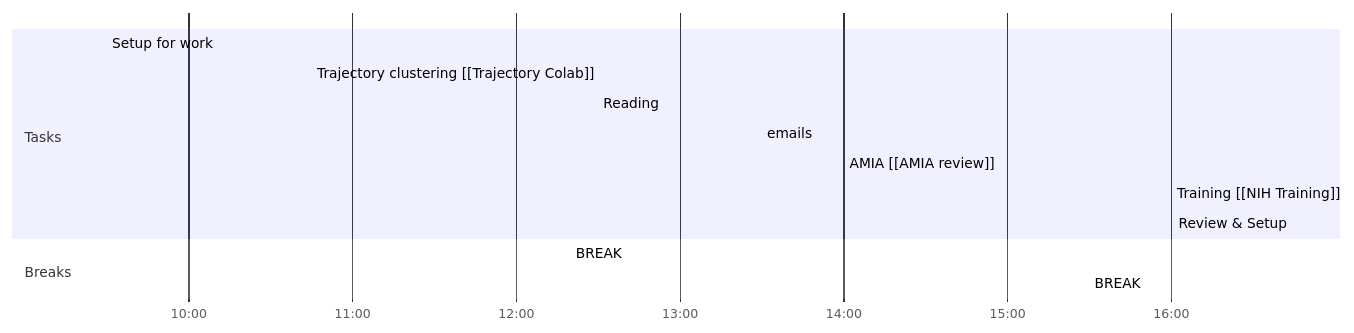
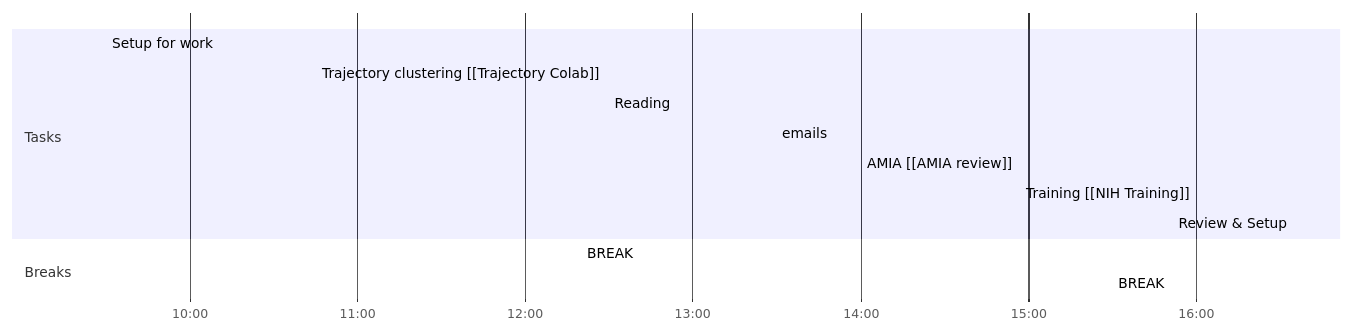
The diagram in Day Planners/Day Planner-20230801.md (tanoManzo/notes), drawn with Mermaid before and after one commit. The commit also changed other lines of this file and 2 other files, not shown here.

Commit message:
vault backup: 2023-08-01 16:43:12

````diff
--- a/Day Planners/Day Planner-20230801.md
+++ b/Day Planners/Day Planner-20230801.md
@@ -25,17 +25,17 @@
 ```mermaid
 gantt
     dateFormat  HH-mm
     axisFormat %H:%M
-    %% Current Time: 4:33:10 PM
+    %% Current Time: 4:43:12 PM
     section Tasks
     Setup for work     :09-30, 75mm
     Trajectory clustering [[Trajectory Colab]]     :10-45, 95mm
     Reading     :12-30, 60mm
     emails     :13-30, 30mm
     AMIA [[AMIA review]]     :14-00, 90mm
-    Training [[NIH Training]]     :16-00, 45mm
-    Review & Setup     :16-45, 0mm
+    Training [[NIH Training]]     :16-00, 35mm
+    Review & Setup     :16-35, 0mm
     section Breaks
     BREAK     :12-20, 10mm
     BREAK     :15-30, 30mm
 ```
````
